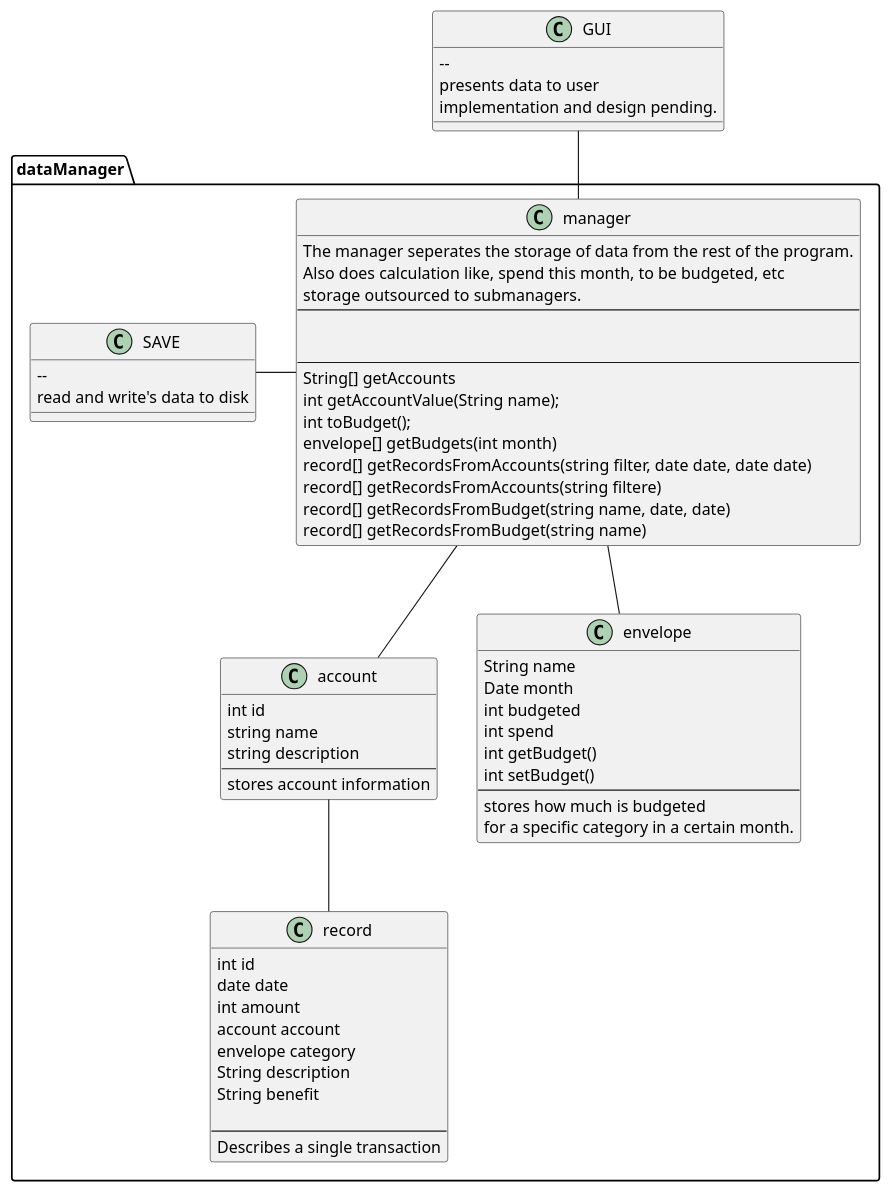
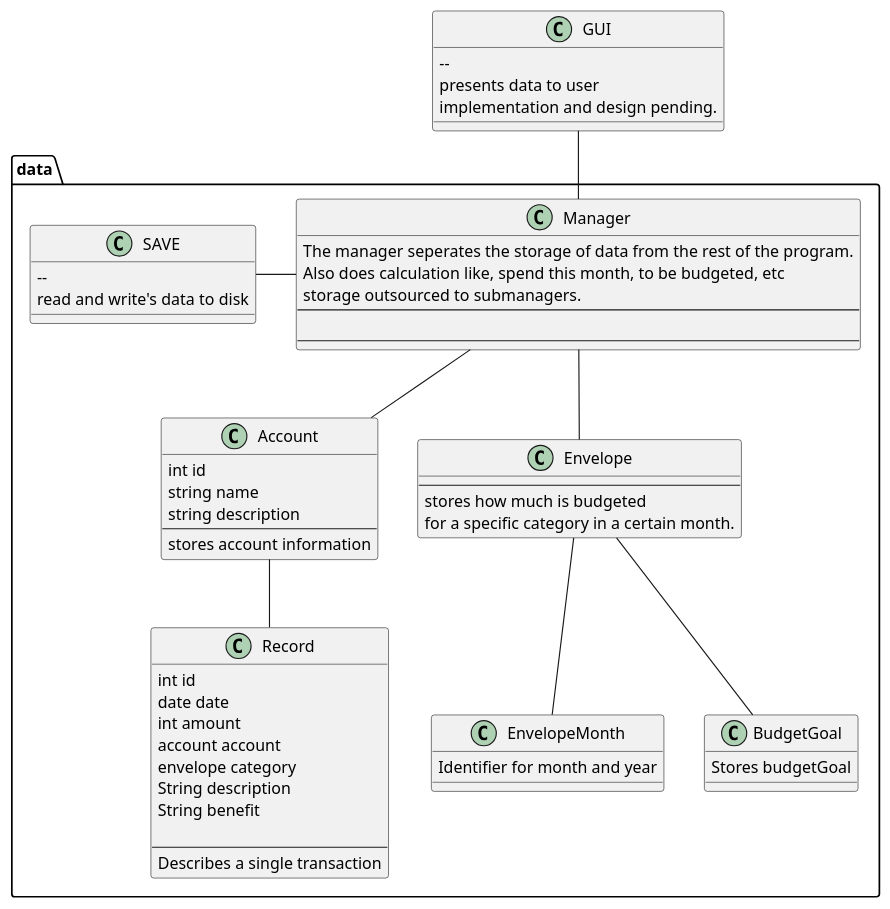
One commit to gorgabal/EnvelopeBudget changed the diagram in doc/envelopeBudget.plantuml. Above: the diagram before and after it, drawn with PlantUML. The commit also changed 1 other file, not shown here.

Commit message:
updates UML

```diff
--- a/doc/envelopeBudget.plantuml
+++ b/doc/envelopeBudget.plantuml
@@ -1,80 +1,74 @@
 @startuml
-package dataManager{
+package data{
 
 
-    class manager{
+    class Manager{
     The manager seperates the storage of data from the rest of the program.
     Also does calculation like, spend this month, to be budgeted, etc
     storage outsourced to submanagers.
     ----
 
-
     ----
-    String[] getAccounts
-    int getAccountValue(String name);
-    int toBudget();
-    envelope[] getBudgets(int month)
-    record[] getRecordsFromAccounts(string filter, date date, date date)
-    record[] getRecordsFromAccounts(string filtere)
-    record[] getRecordsFromBudget(string name, date, date)
-    record[] getRecordsFromBudget(string name)
     }
 
-    class record{
+    class Record{
       int id
       date date
       int amount
       account account
       envelope category
       String description
       String benefit
 
       --
       Describes a single transaction
     }
 
 
 
-    class account {
+    class Account {
       int id
       string name
       string description
       --
       stores account information
     }
 
 
-    class envelope{
-      String name
-      Date month
-      int budgeted
-      int spend
-      int getBudget()
-      int setBudget()
+    class Envelope{
       --
       stores how much is budgeted
       for a specific category in a certain month.
     }
     class SAVE{
 
     --
     read and write's data to disk
+    }
+    class EnvelopeMonth{
+        Identifier for month and year
+    }
+
+    class BudgetGoal{
+        Stores budgetGoal
     }
 }
 
 
 class GUI{
 
     --
     presents data to user
     implementation and design pending.
     }
 
 
 
-GUI -- manager
-SAVE - manager
-manager -- account
-manager -- envelope
-account -- record
+GUI -- Manager
+SAVE - Manager
+Manager -- Account
+Manager -- Envelope
+Account -- Record
+Envelope -- BudgetGoal
+Envelope -- EnvelopeMonth
 @enduml
```
